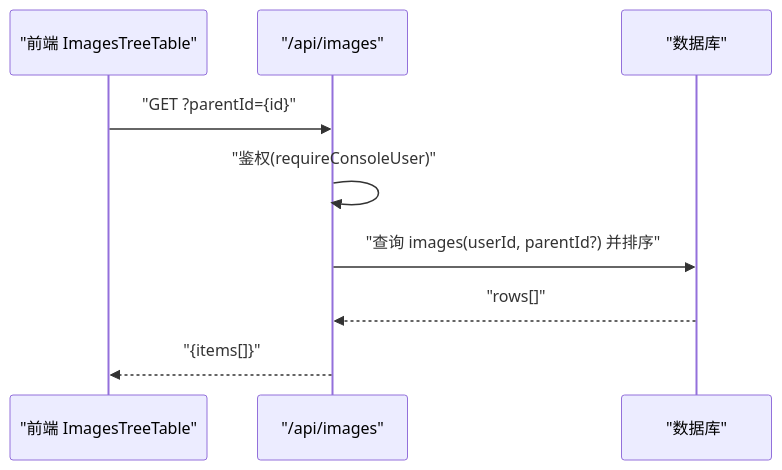
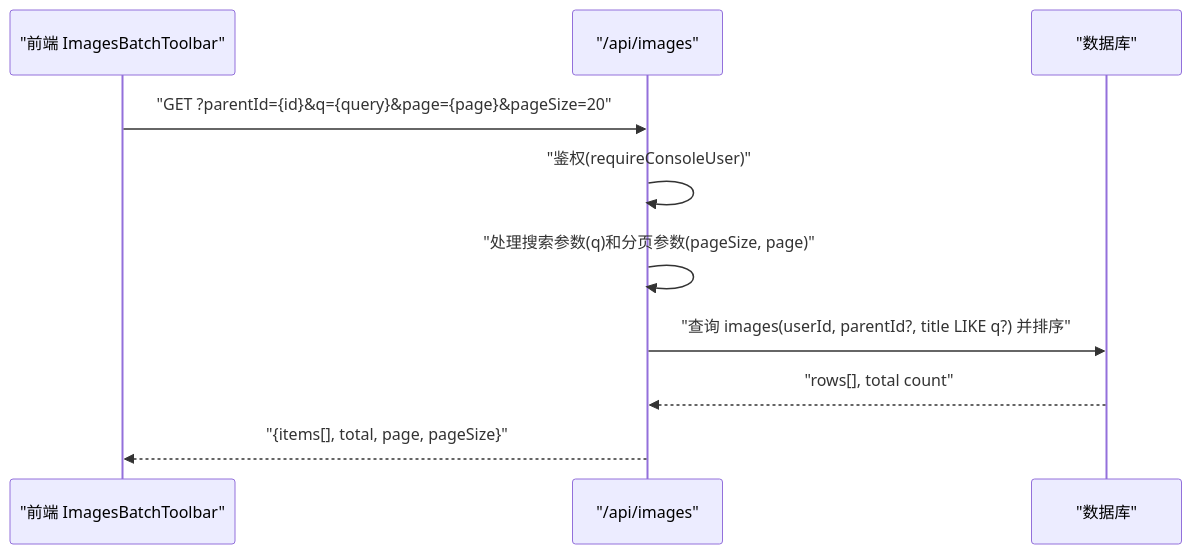
The sixth of 14 diagrams in .qoder/repowiki/zh/content/功能特性/图片管理/批量图片管理.md (pnnh/weable), drawn with Mermaid before and after one commit. The commit also changed other lines of this file and 154 other files, not shown here.

````diff
--- a/.qoder/repowiki/zh/content/功能特性/图片管理/批量图片管理.md
+++ b/.qoder/repowiki/zh/content/功能特性/图片管理/批量图片管理.md
@@ -269,11 +285,12 @@
 ```mermaid
 sequenceDiagram
-participant FE as "前端 ImagesTreeTable"
+participant FE as "前端 ImagesBatchToolbar"
 participant API as "/api/images"
 participant DB as "数据库"
-FE->>API : "GET ?parentId={id}"
+FE->>API : "GET ?parentId={id}&q={query}&page={page}&pageSize=20"
 API->>API : "鉴权(requireConsoleUser)"
-API->>DB : "查询 images(userId, parentId?) 并排序"
-DB-->>API : "rows[]"
-API-->>FE : "{items[]}"
+API->>API : "处理搜索参数(q)和分页参数(pageSize, page)"
+API->>DB : "查询 images(userId, parentId?, title LIKE q?) 并排序"
+DB-->>API : "rows[], total count"
+API-->>FE : "{items[], total, page, pageSize}"
 ```
````
